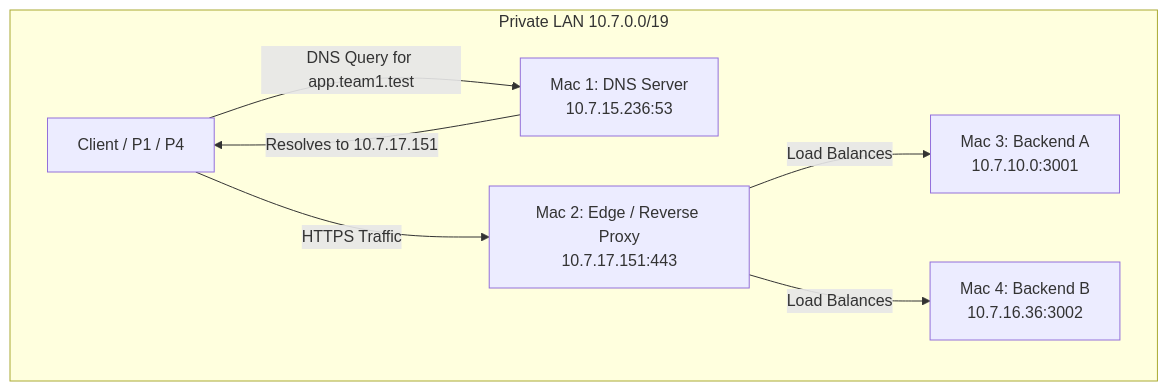
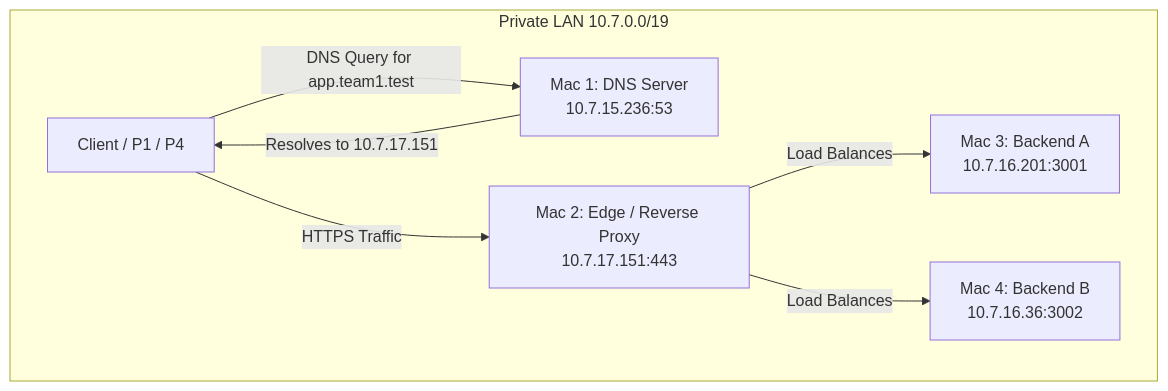
One commit to adityamathur5934/CN_Project changed the diagram in topology.md. Above: the diagram before and after it, drawn with Mermaid. The commit also changed other lines of this file and 18 other files, not shown here.

````diff
--- a/topology.md
+++ b/topology.md
@@ -18,17 +18,17 @@
 ```mermaid
 graph TD
     subgraph Private LAN 10.7.0.0/19
         C[Client / P1 / P4]
         
         M1[Mac 1: DNS Server<br>10.7.15.236:53]
         M2[Mac 2: Edge / Reverse Proxy<br>10.7.17.151:443]
-        M3[Mac 3: Backend A<br>10.7.10.0:3001]
+        M3[Mac 3: Backend A<br>10.7.16.201:3001]
         M4[Mac 4: Backend B<br>10.7.16.36:3002]
         
         C -- "DNS Query for app.team1.test" --> M1
         M1 -- "Resolves to 10.7.17.151" --> C
         C -- "HTTPS Traffic" --> M2
         M2 -- "Load Balances" --> M3
         M2 -- "Load Balances" --> M4
     end
 ```
````
